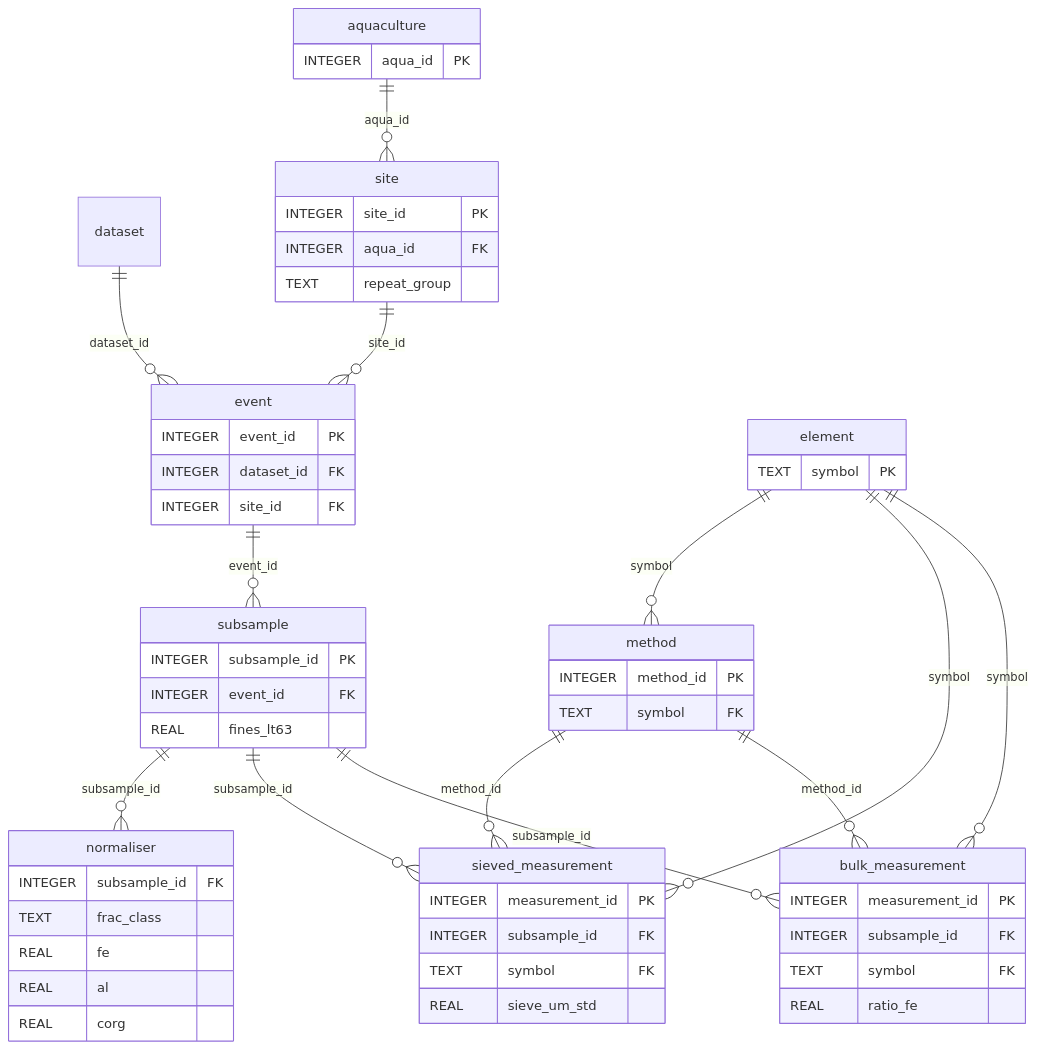
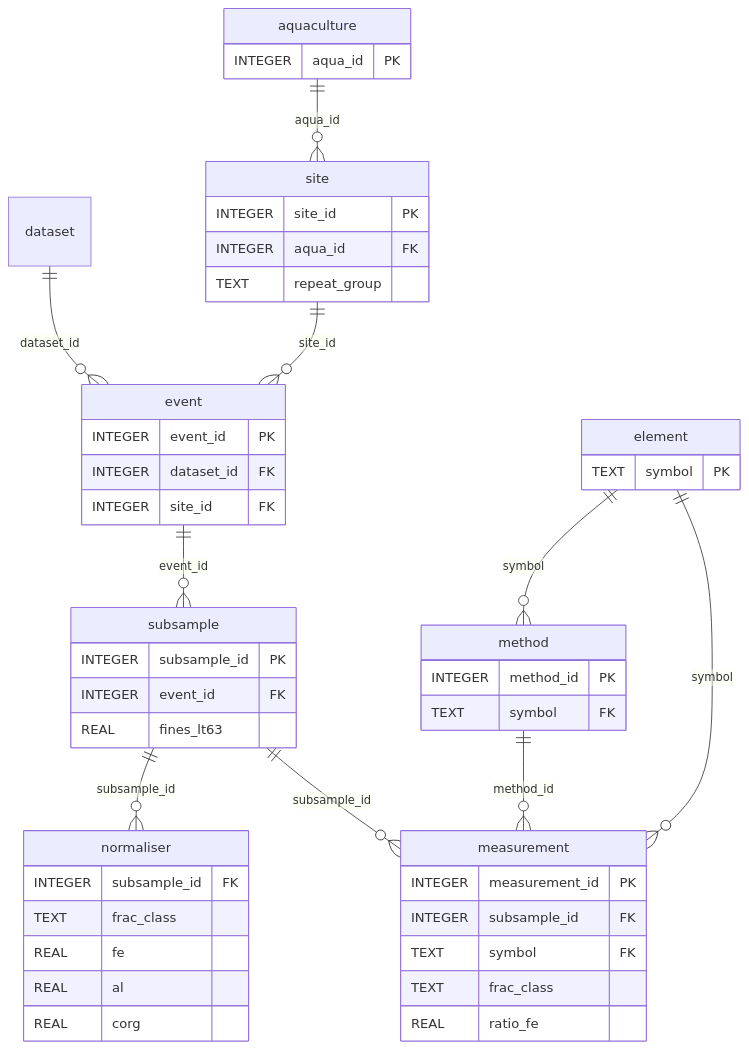
One commit to seafood-hazards/multised-merged changed the diagram in refined-schema.qmd. Above: the diagram before and after it, drawn with Mermaid. The commit also changed other lines of this file and 2 other files, not shown here.

First line of the commit message:
Refined pages: single measurement table + move section after Explore

````diff
--- a/refined-schema.qmd
+++ b/refined-schema.qmd
@@ -48,60 +49,52 @@
 ```{mermaid}
 erDiagram
   dataset     ||--o{ event              : "dataset_id"
   site        ||--o{ event              : "site_id"
   aquaculture ||--o{ site               : "aqua_id"
   event       ||--o{ subsample          : "event_id"
-  subsample   ||--o{ bulk_measurement   : "subsample_id"
-  subsample   ||--o{ sieved_measurement : "subsample_id"
+  subsample   ||--o{ measurement        : "subsample_id"
   subsample   ||--o{ normaliser         : "subsample_id"
-  element     ||--o{ bulk_measurement   : "symbol"
-  element     ||--o{ sieved_measurement : "symbol"
+  element     ||--o{ measurement        : "symbol"
   element     ||--o{ method             : "symbol"
-  method      ||--o{ bulk_measurement   : "method_id"
-  method      ||--o{ sieved_measurement : "method_id"
+  method      ||--o{ measurement        : "method_id"
 
   aquaculture {
     INTEGER aqua_id PK
   }
   site {
     INTEGER site_id PK
     INTEGER aqua_id FK
     TEXT repeat_group
   }
   event {
     INTEGER event_id PK
     INTEGER dataset_id FK
     INTEGER site_id FK
   }
   subsample {
     INTEGER subsample_id PK
     INTEGER event_id FK
     REAL fines_lt63
   }
   normaliser {
     INTEGER subsample_id FK
     TEXT frac_class
     REAL fe
     REAL al
     REAL corg
   }
-  bulk_measurement {
+  measurement {
     INTEGER measurement_id PK
     INTEGER subsample_id FK
     TEXT symbol FK
+    TEXT frac_class
     REAL ratio_fe
-  }
-  sieved_measurement {
-    INTEGER measurement_id PK
-    INTEGER subsample_id FK
-    TEXT symbol FK
-    REAL sieve_um_std
   }
   element {
     TEXT symbol PK
   }
   method {
     INTEGER method_id PK
     TEXT symbol FK
   }
 ```
````
